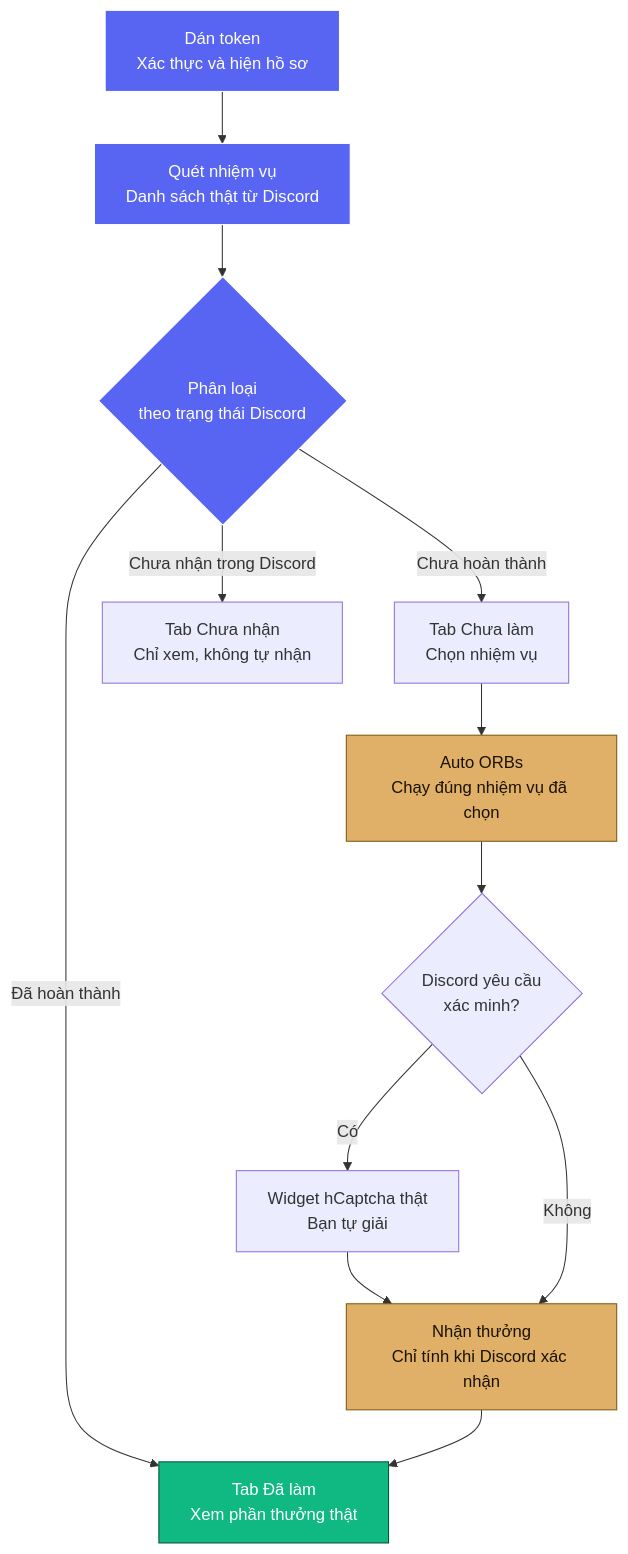
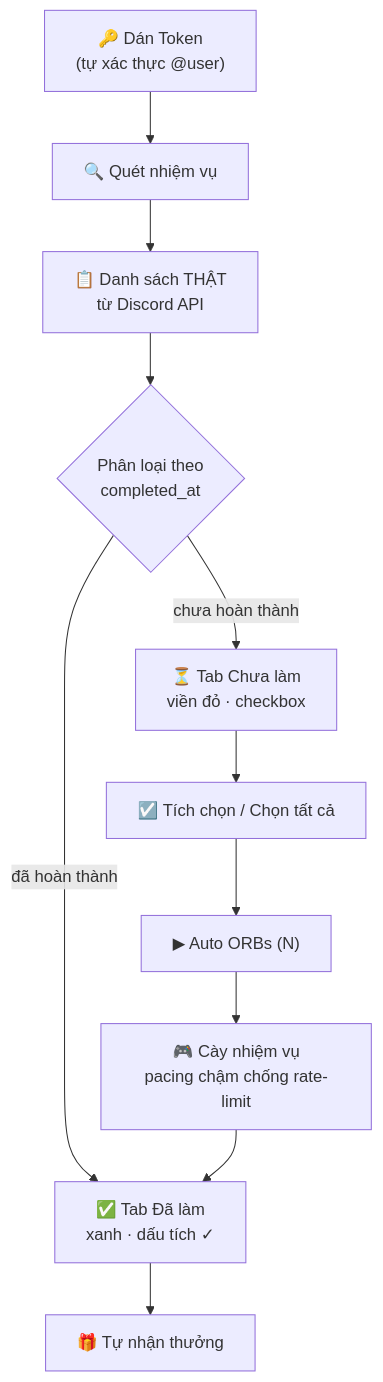
The fourth of 5 diagrams in README.md (duyzoz/AUTO-QUEST), drawn with Mermaid before and after one commit. The commit also changed other lines of this file and 20 other files, not shown here.

````diff
--- a/README.md
+++ b/README.md
@@ -119,21 +182,13 @@
 ```mermaid
 flowchart TD
-    A["Dán token<br/>Xác thực và hiện hồ sơ"] --> B["Quét nhiệm vụ<br/>Danh sách thật từ Discord"]
-    B --> C{"Phân loại<br/>theo trạng thái Discord"}
-    C -->|"Đã hoàn thành"| D["Tab Đã làm<br/>Xem phần thưởng thật"]
-    C -->|"Chưa hoàn thành"| E["Tab Chưa làm<br/>Chọn nhiệm vụ"]
-    C -->|"Chưa nhận trong Discord"| F["Tab Chưa nhận<br/>Chỉ xem, không tự nhận"]
-    E --> G["Auto ORBs<br/>Chạy đúng nhiệm vụ đã chọn"]
-    G --> H{"Discord yêu cầu<br/>xác minh?"}
-    H -->|"Có"| I["Widget hCaptcha thật<br/>Bạn tự giải"]
-    I --> J["Nhận thưởng<br/>Chỉ tính khi Discord xác nhận"]
-    H -->|"Không"| J
-    J --> D
-
-    classDef discord fill:#5865F2,stroke:#ffffff,color:#ffffff
-    classDef orb fill:#e0af68,stroke:#7c5a10,color:#1a1200
-    classDef done fill:#10b981,stroke:#064e3b,color:#ffffff
-    class A,B,C discord
-    class G,J orb
-    class D done
+    A["🔑 Dán Token<br/>(tự xác thực @user)"] --> B["🔍 Quét nhiệm vụ"]
+    B --> C["📋 Danh sách THẬT<br/>từ Discord API"]
+    C --> D{"Phân loại theo<br/>completed_at"}
+    D -->|"đã hoàn thành"| E["✅ Tab Đã làm<br/>xanh · dấu tích ✓"]
+    D -->|"chưa hoàn thành"| F["⏳ Tab Chưa làm<br/>viền đỏ · checkbox"]
+    F --> G["☑️ Tích chọn / Chọn tất cả"]
+    G --> H["▶ Auto ORBs (N)"]
+    H --> I["🎮 Cày nhiệm vụ<br/>pacing chậm chống rate-limit"]
+    I --> E
+    E --> J["🎁 Tự nhận thưởng"]
 ```
````
